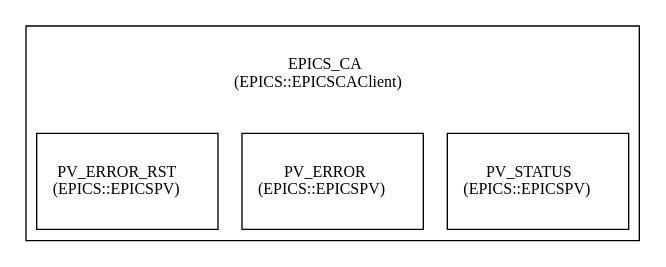
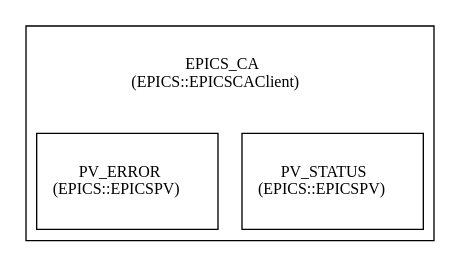
One commit to aneto0/Fast-Control-Falcon changed the diagram in Documentation/Images/FalconFastControlObjects_2.gv. Above: the diagram before and after it, drawn with Graphviz. The commit also changed 3 other files, not shown here.

Commit message:
Fix PV_ERROR_RST comment

```diff
--- a/Documentation/Images/FalconFastControlObjects_2.gv
+++ b/Documentation/Images/FalconFastControlObjects_2.gv
@@ -1,9 +1,8 @@
 digraph G {
 bgcolor=white
 subgraph cluster_EPICS_CA {
 label=<<TABLE border="0" cellborder="0"><TR><TD width="60" height="60"><font point-size="12">EPICS_CA <BR/>(EPICS::EPICSCAClient)</font></TD></TR></TABLE>>
 EPICS_CAPV_STATUS [shape=record, style=filled, fillcolor=white, color=black,label=<<TABLE border="0" cellborder="0"><TR><TD width="60" height="60"><font point-size="12">PV_STATUS <BR/>(EPICS::EPICSPV)</font></TD></TR></TABLE>>]
 EPICS_CAPV_ERROR [shape=record, style=filled, fillcolor=white, color=black,label=<<TABLE border="0" cellborder="0"><TR><TD width="60" height="60"><font point-size="12">PV_ERROR <BR/>(EPICS::EPICSPV)</font></TD></TR></TABLE>>]
-EPICS_CAPV_ERROR_RST [shape=record, style=filled, fillcolor=white, color=black,label=<<TABLE border="0" cellborder="0"><TR><TD width="60" height="60"><font point-size="12">PV_ERROR_RST <BR/>(EPICS::EPICSPV)</font></TD></TR></TABLE>>]
 }
 }
```
